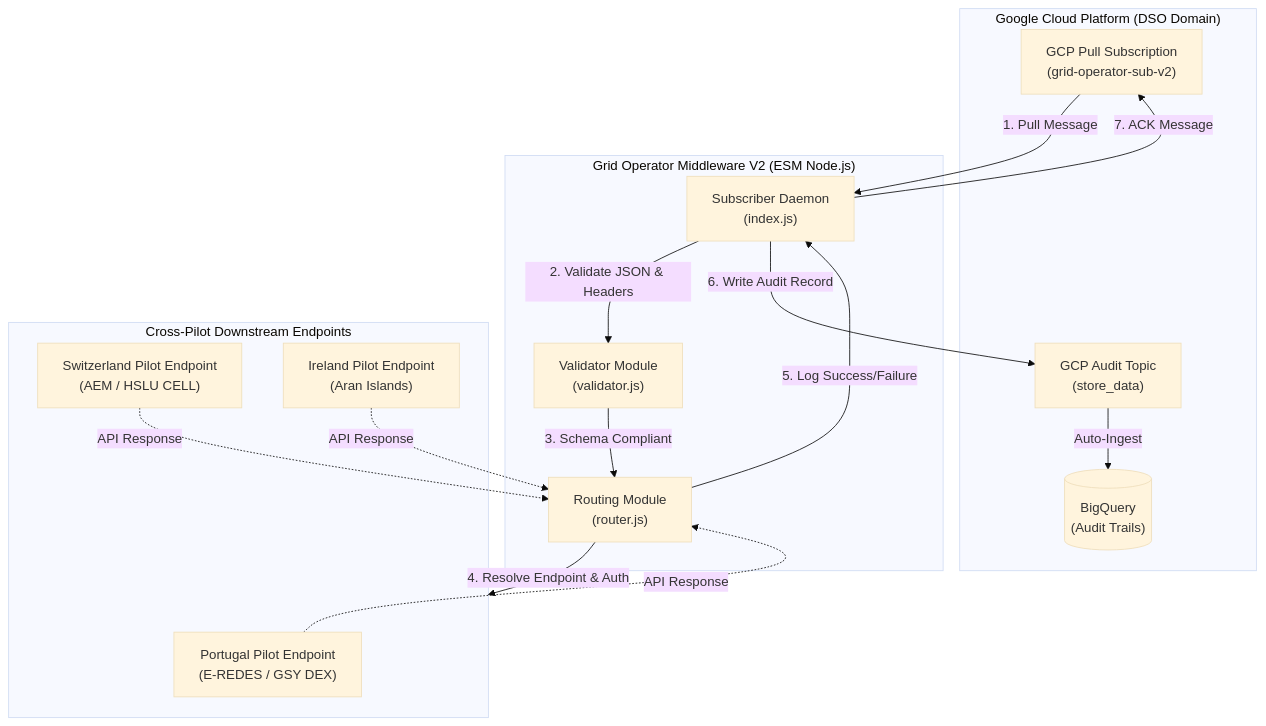
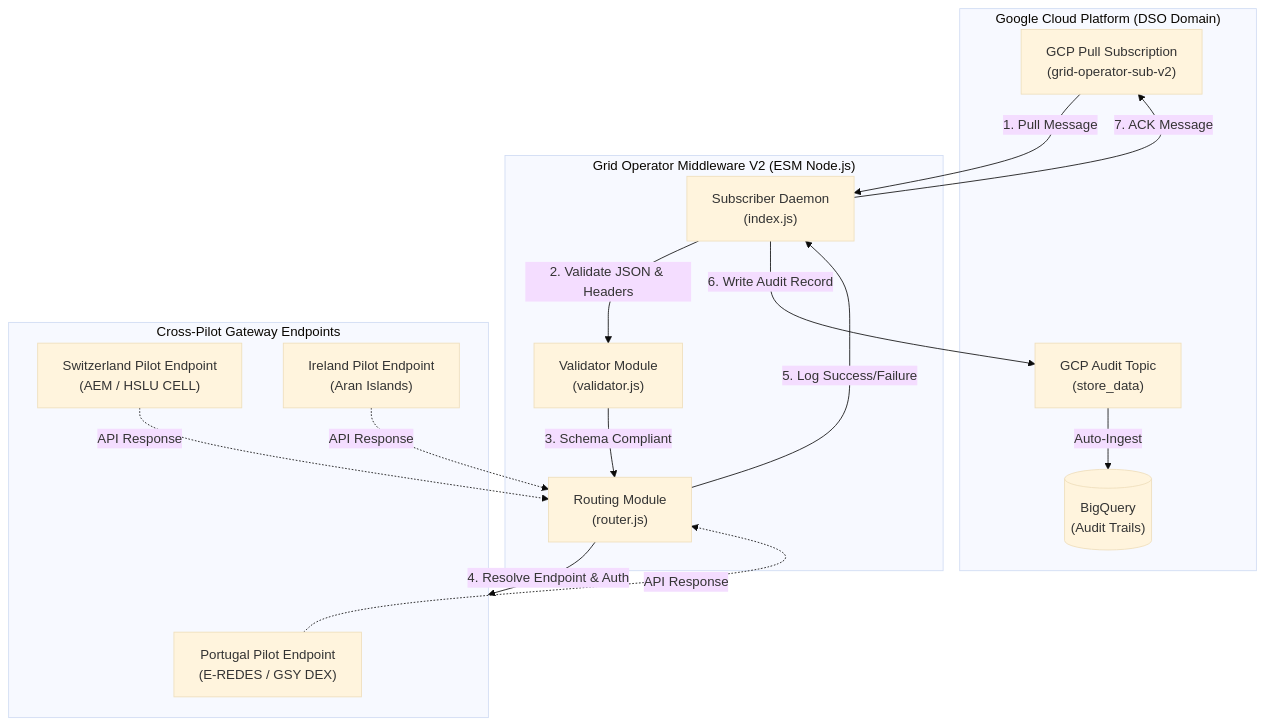
Before and after one commit to Projeto-Intelligent/api-e-redes: the diagram in doc/architecture.md, drawn with Mermaid (base theme). The commit also changed 5 other files, not shown here.

````diff
--- a/doc/architecture.md
+++ b/doc/architecture.md
@@ -13,36 +13,36 @@
 ```mermaid
 graph TD
     %% Define Nodes
     subgraph GCP ["Google Cloud Platform (DSO Domain)"]
         pubsub["GCP Pull Subscription<br/>(grid-operator-sub-v2)"]
         audit["GCP Audit Topic<br/>(store_data)"]
         bq[("BigQuery<br/>(Audit Trails)")]
     end
 
     subgraph MW ["Grid Operator Middleware V2 (ESM Node.js)"]
         puller["Subscriber Daemon<br/>(index.js)"]
         val["Validator Module<br/>(validator.js)"]
         router["Routing Module<br/>(router.js)"]
     end
 
-    subgraph Pilots ["Cross-Pilot Downstream Endpoints"]
+    subgraph Pilots ["Cross-Pilot Gateway Endpoints"]
         PT_EP["Portugal Pilot Endpoint<br/>(E-REDES / GSY DEX)"]
         CH_EP["Switzerland Pilot Endpoint<br/>(AEM / HSLU CELL)"]
         IE_EP["Ireland Pilot Endpoint<br/>(Aran Islands)"]
     end
 
     %% Define Flow Connections
     pubsub -->|1. Pull Message| puller
     puller -->|2. Validate JSON & Headers| val
     val -->|3. Schema Compliant| router
     
     router -->|4. Resolve Endpoint & Auth| Pilots
     PT_EP -.->|API Response| router
     CH_EP -.->|API Response| router
     IE_EP -.->|API Response| router
 
     router -->|5. Log Success/Failure| puller
     puller -->|6. Write Audit Record| audit
     audit -->|Auto-Ingest| bq
     puller -->|7. ACK Message| pubsub
 ```
````
